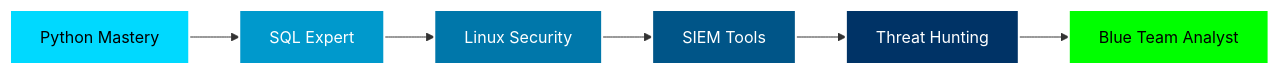
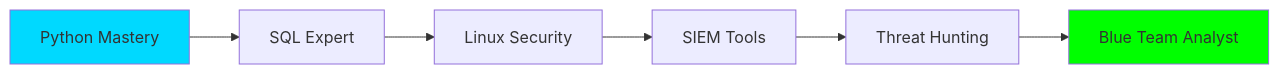
The diagram in README.md (ILOHU-cmd/ILOHU-cmd), drawn with Mermaid before and after one commit. The commit also changed other lines of this file, not shown here.

````diff
--- a/README.md
+++ b/README.md
@@ -272,15 +149,11 @@
 ```mermaid
 graph LR
     A[Python Mastery] --> B[SQL Expert]
     B --> C[Linux Security]
     C --> D[SIEM Tools]
     D --> E[Threat Hunting]
     E --> F[Blue Team Analyst]
     
-    style A fill:#00D9FF,stroke:#fff,stroke-width:2px,color:#000
-    style B fill:#0099CC,stroke:#fff,stroke-width:2px,color:#fff
-    style C fill:#0077AA,stroke:#fff,stroke-width:2px,color:#fff
-    style D fill:#005588,stroke:#fff,stroke-width:2px,color:#fff
-    style E fill:#003366,stroke:#fff,stroke-width:2px,color:#fff
-    style F fill:#00FF00,stroke:#fff,stroke-width:2px,color:#000
+    style A fill:#00D9FF
+    style F fill:#00FF00
 ```
````
